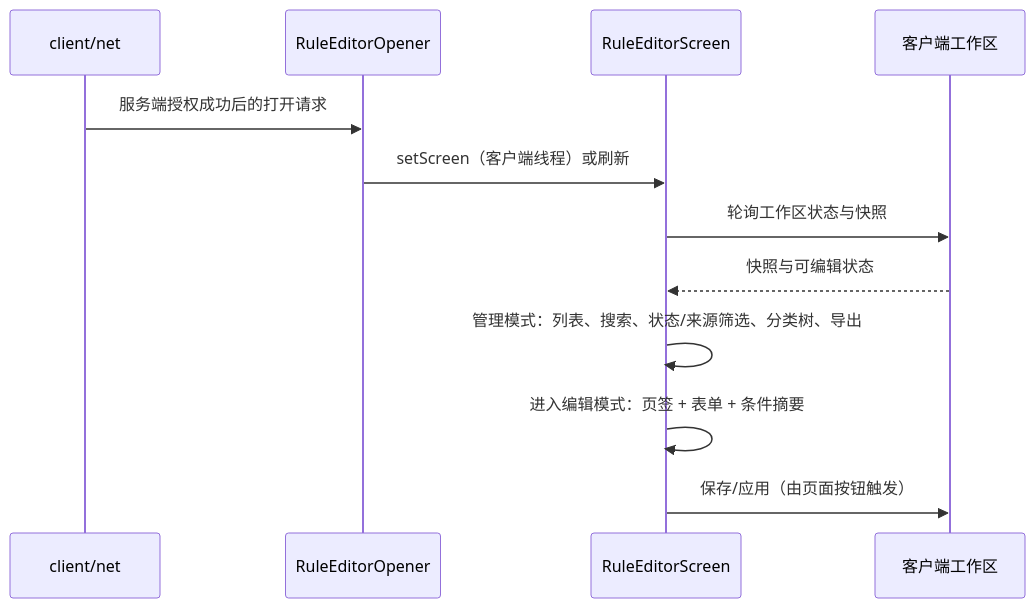
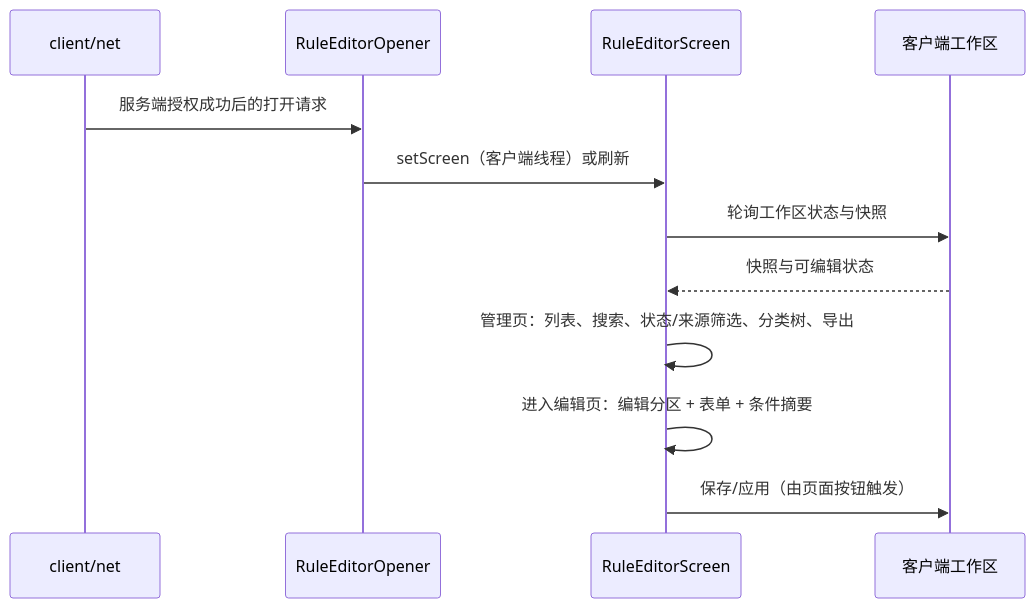
The second of 3 diagrams in docs/modules/client-ui.md (meteoritel/item-despawn-to-what), drawn with Mermaid before and after one commit. The commit also changed other lines of this file and 27 other files, not shown here.

````diff
--- a/docs/modules/client-ui.md
+++ b/docs/modules/client-ui.md
@@ -128,14 +130,14 @@
 ```mermaid
 sequenceDiagram
     participant NET as client/net
     participant OP as RuleEditorOpener
     participant SCR as RuleEditorScreen
     participant WS as 客户端工作区
     NET->>OP: 服务端授权成功后的打开请求
     OP->>SCR: setScreen（客户端线程）或刷新
     SCR->>WS: 轮询工作区状态与快照
     WS-->>SCR: 快照与可编辑状态
-    SCR->>SCR: 管理模式：列表、搜索、状态/来源筛选、分类树、导出
-    SCR->>SCR: 进入编辑模式：页签 + 表单 + 条件摘要
+    SCR->>SCR: 管理页：列表、搜索、状态/来源筛选、分类树、导出
+    SCR->>SCR: 进入编辑页：编辑分区 + 表单 + 条件摘要
     SCR->>WS: 保存/应用（由页面按钮触发）
 ```
````
